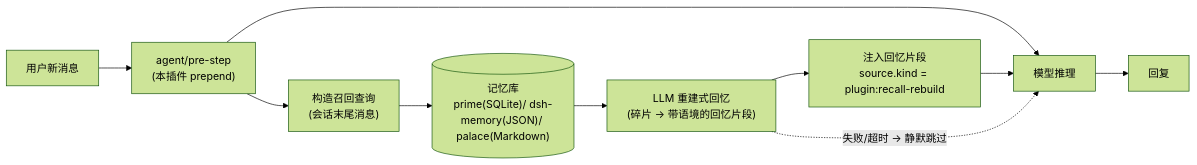
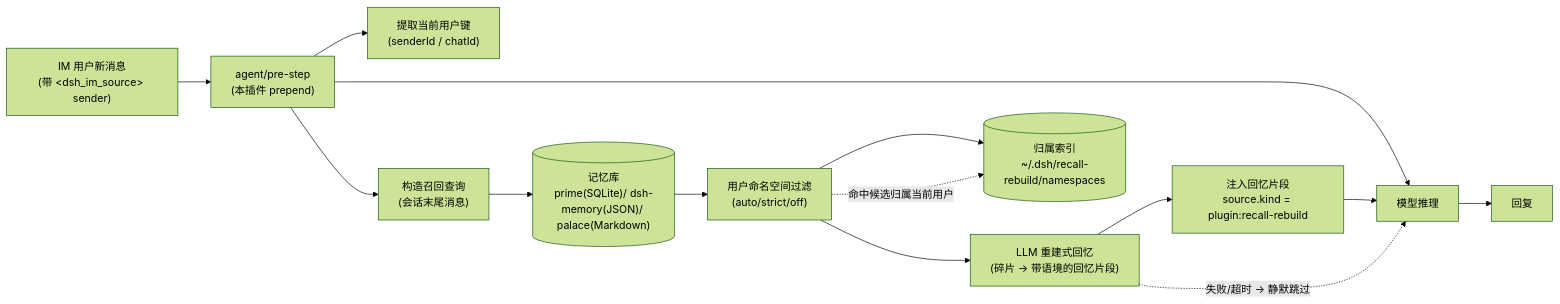
Before and after one commit to linkpain/dsh-recall-rebuild: the diagram in README.md, drawn with Mermaid (forest theme). The commit also changed other lines of this file, not shown here.

Commit message:
docs: v0.1.3 README —— IM 用户隔离特性/配置表/原理图/局限/English 同步

````diff
--- a/README.md
+++ b/README.md
@@ -76,12 +79,16 @@
 ```mermaid
 flowchart LR
-    U["用户新消息"] --> P["agent/pre-step<br/>(本插件 prepend)"]
+    U["IM 用户新消息<br/>(带 &lt;dsh_im_source&gt; sender)"] --> P["agent/pre-step<br/>(本插件 prepend)"]
+    P --> K["提取当前用户键<br/>(senderId / chatId)"]
     P --> Q["构造召回查询<br/>(会话末尾消息)"]
     Q --> S[("记忆库<br/>prime(SQLite)/ dsh-memory(JSON)/ palace(Markdown)")]
-    S --> R["LLM 重建式回忆<br/>(碎片 → 带语境的回忆片段)"]
+    S --> F["用户命名空间过滤<br/>(auto/strict/off)"]
+    F --> R["LLM 重建式回忆<br/>(碎片 → 带语境的回忆片段)"]
     R --> I["注入回忆片段<br/>source.kind = plugin:recall-rebuild"]
+    F --> N[("归属索引<br/>~/.dsh/recall-rebuild/namespaces")]
+    F -. 命中候选归属当前用户 .-> N
     P --> M["模型推理"]
     I --> M
     M --> A["回复"]
     R -. "失败/超时 → 静默跳过" .-> M
 ```
````
